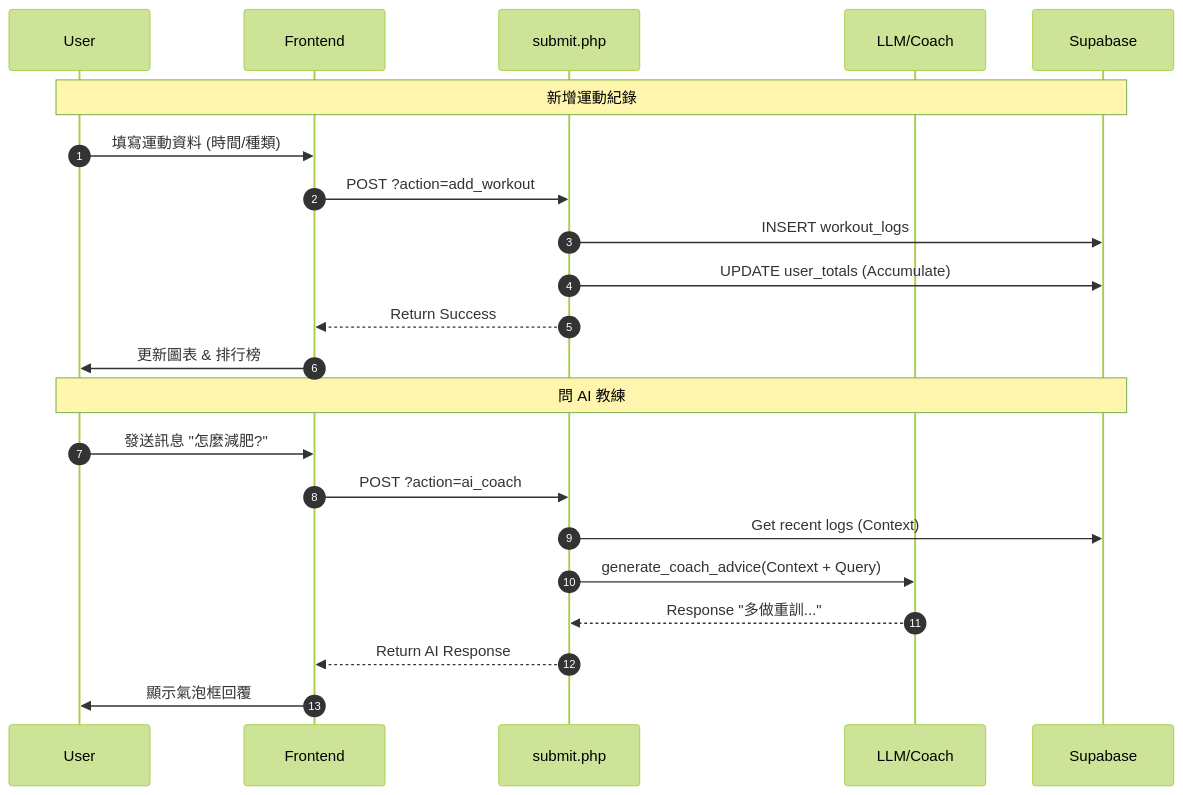
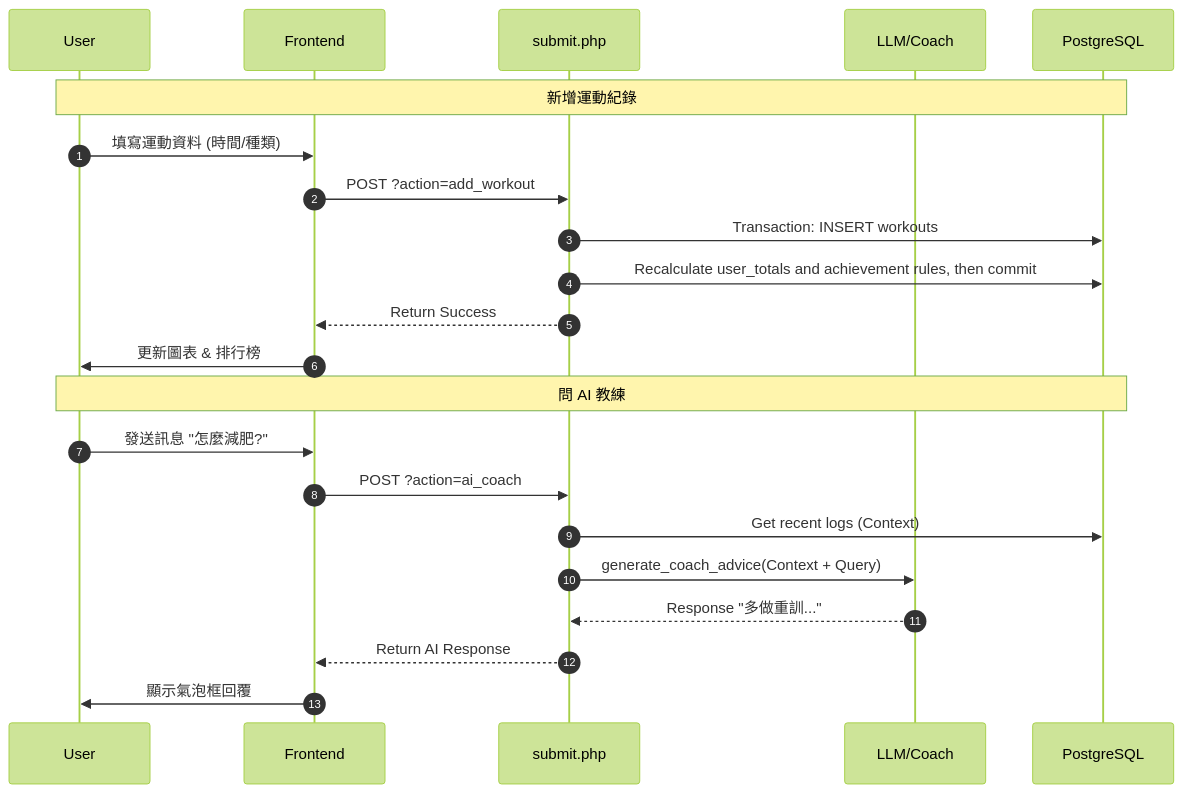
Before and after one commit to Raxter62/Fitconnect: the third of 5 diagrams in illustrate/architecture.md, drawn with Mermaid (forest theme). The commit also changed other lines of this file and 29 other files, not shown here.

````diff
--- a/illustrate/architecture.md
+++ b/illustrate/architecture.md
@@ -106,26 +110,26 @@
 ```mermaid
 sequenceDiagram
     autonumber
     participant U as User
     participant FE as Frontend
     participant API as submit.php
     participant AI as LLM/Coach
-    participant DB as Supabase
+    participant DB as PostgreSQL
 
     Note over U, DB: 新增運動紀錄
     U->>FE: 填寫運動資料 (時間/種類)
     FE->>API: POST ?action=add_workout
-    API->>DB: INSERT workout_logs
-    API->>DB: UPDATE user_totals (Accumulate)
+    API->>DB: Transaction: INSERT workouts
+    API->>DB: Recalculate user_totals and achievement rules, then commit
     API-->>FE: Return Success
     FE->>U: 更新圖表 & 排行榜
 
     Note over U, DB: 問 AI 教練
     U->>FE: 發送訊息 "怎麼減肥?"
     FE->>API: POST ?action=ai_coach
     API->>DB: Get recent logs (Context)
     API->>AI: generate_coach_advice(Context + Query)
     AI-->>API: Response "多做重訓..."
     API-->>FE: Return AI Response
     FE->>U: 顯示氣泡框回覆
 ```
````
